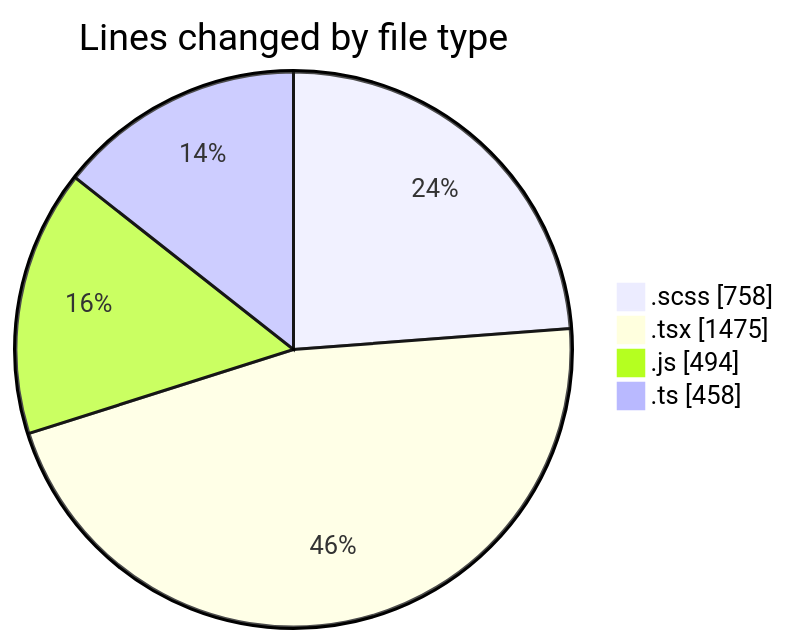
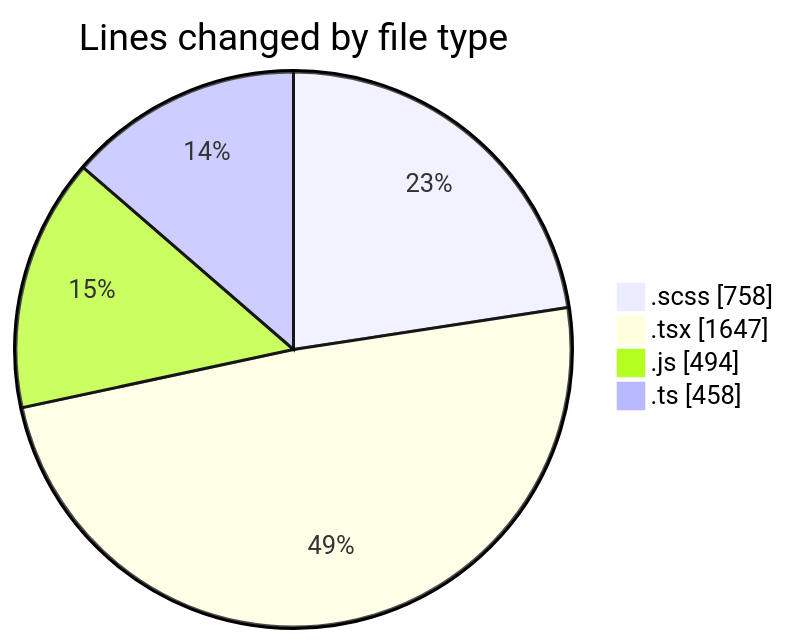
The first of 2 diagrams in 2025-03-14/cda/README.md (momahboobian/code-tracking), drawn with Mermaid before and after one commit. The commit also changed other lines of this file and 1 other file, not shown here.

````diff
--- a/2025-03-14/cda/README.md
+++ b/2025-03-14/cda/README.md
@@ -35,8 +36,8 @@
 ```mermaid
 pie showData
 title Lines changed by file type
 ".scss" : 758
-".tsx" : 1475
+".tsx" : 1647
 ".js" : 494
 ".ts" : 458
 ```
````
